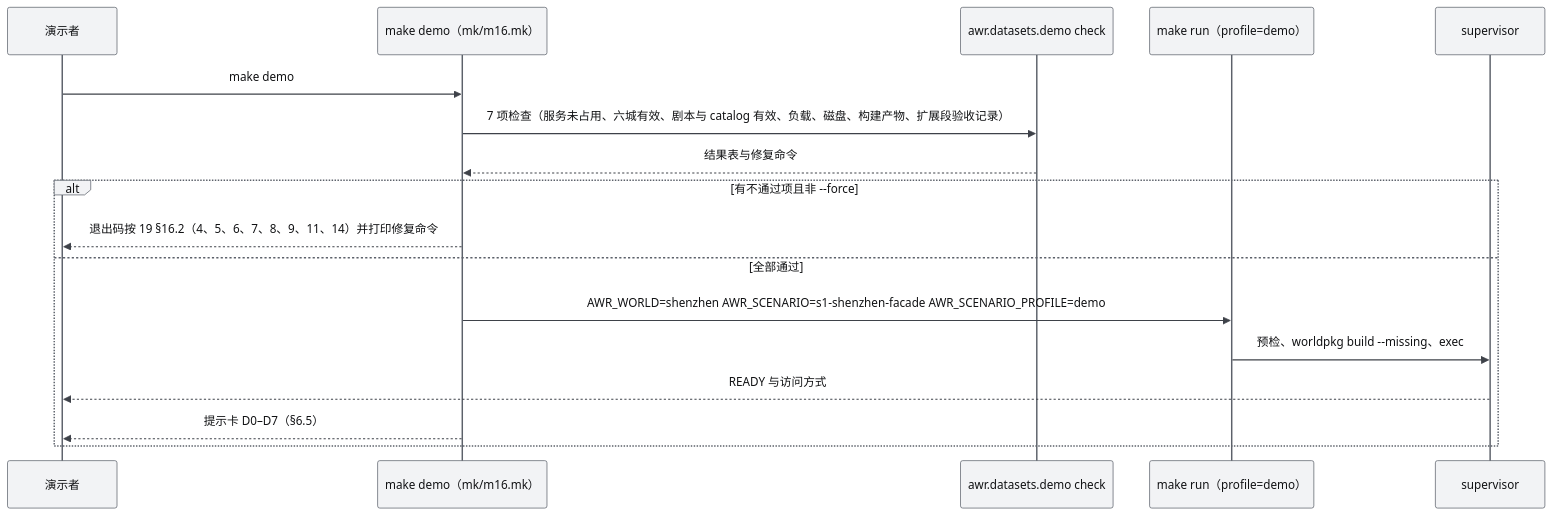
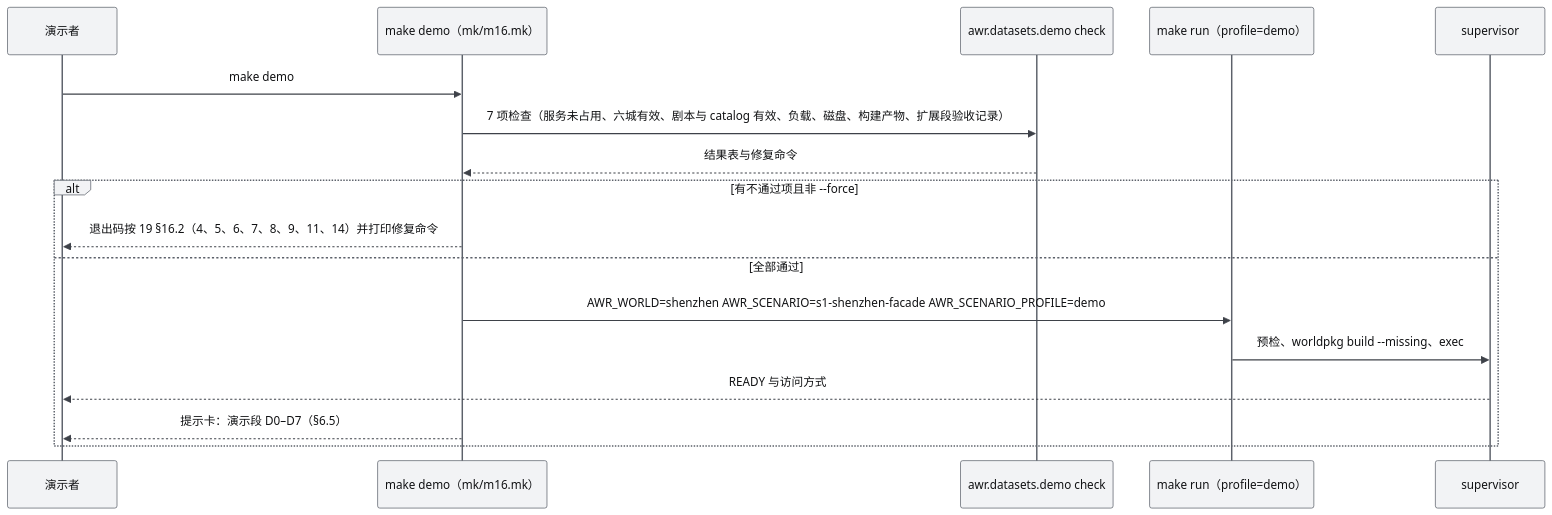
Before and after one commit to ANetResearch/ANet-Drone4D: the fifth of 5 diagrams in docs/modules/M16-演示数据剧本与流畅性测试PRD.md, drawn with Mermaid. The commit also changed other lines of this file and 17 other files, not shown here.

````diff
--- a/docs/modules/M16-演示数据剧本与流畅性测试PRD.md
+++ b/docs/modules/M16-演示数据剧本与流畅性测试PRD.md
@@ -1010,20 +1012,20 @@
 ```mermaid
 %%{init: {"theme": "base", "themeVariables": {"fontFamily": "Inter, PingFang SC, Microsoft YaHei, Noto Sans CJK SC, sans-serif", "fontSize": "13px", "background": "#FBFBFC", "primaryColor": "#F2F3F5", "primaryTextColor": "#111214", "primaryBorderColor": "#5C616A", "secondaryColor": "#E4E6E9", "tertiaryColor": "#FBFBFC", "lineColor": "#5C616A", "textColor": "#111214", "mainBkg": "#F2F3F5", "nodeBorder": "#5C616A", "clusterBkg": "#FBFBFC", "clusterBorder": "#A7ABB3", "edgeLabelBackground": "#FBFBFC", "noteBkgColor": "#E4E6E9", "noteTextColor": "#111214", "noteBorderColor": "#81868F", "actorBkg": "#F2F3F5", "actorBorder": "#5C616A", "actorTextColor": "#111214", "signalColor": "#3E4249", "signalTextColor": "#111214", "activationBkgColor": "#E4E6E9", "activationBorderColor": "#5C616A", "sequenceNumberColor": "#FBFBFC"}}}%%
 sequenceDiagram
   participant OP as 演示者
   participant MK as make demo（mk/m16.mk）
   participant CK as awr.datasets.demo check
   participant RUN as make run（profile=demo）
   participant SUP as supervisor
   OP->>MK: make demo
   MK->>CK: 7 项检查（服务未占用、六城有效、剧本与 catalog 有效、负载、磁盘、构建产物、扩展段验收记录）
   CK-->>MK: 结果表与修复命令
   alt 有不通过项且非 --force
     MK-->>OP: 退出码按 19 §16.2（4、5、6、7、8、9、11、14）并打印修复命令
   else 全部通过
     MK->>RUN: AWR_WORLD=shenzhen AWR_SCENARIO=s1-shenzhen-facade AWR_SCENARIO_PROFILE=demo
     RUN->>SUP: 预检、worldpkg build --missing、exec
     SUP-->>OP: READY 与访问方式
-    MK-->>OP: 提示卡 D0–D7（§6.5）
+    MK-->>OP: 提示卡：演示段 D0–D7（§6.5）
   end
 ```
````
